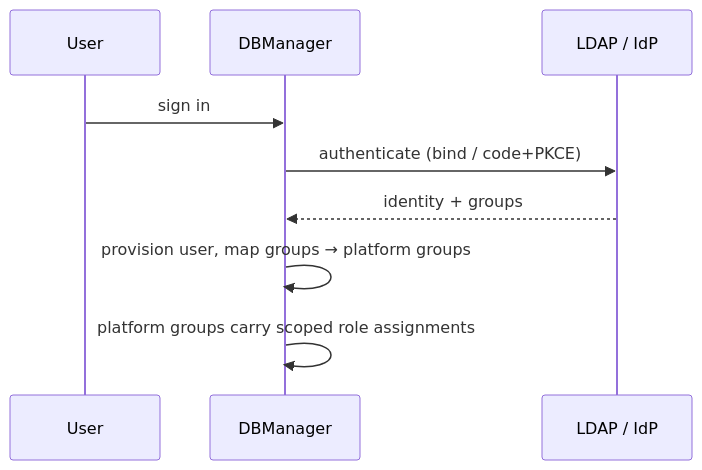
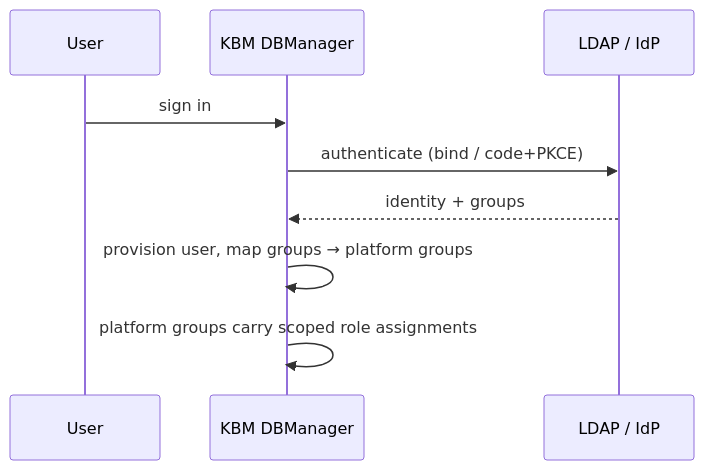
One commit to hbenabdalla/dbmanager changed the diagram in docs/administration/identity-providers.md. Above: the diagram before and after it, drawn with Mermaid. The commit also changed 243 other files, not shown here.

````diff
--- a/docs/administration/identity-providers.md
+++ b/docs/administration/identity-providers.md
@@ -8,11 +8,11 @@
 ```mermaid
 sequenceDiagram
   participant U as User
-  participant DBM as DBManager
+  participant DBM as KBM DBManager
   participant D as LDAP / IdP
   U->>DBM: sign in
   DBM->>D: authenticate (bind / code+PKCE)
   D-->>DBM: identity + groups
   DBM->>DBM: provision user, map groups → platform groups
   DBM->>DBM: platform groups carry scoped role assignments
 ```
````
